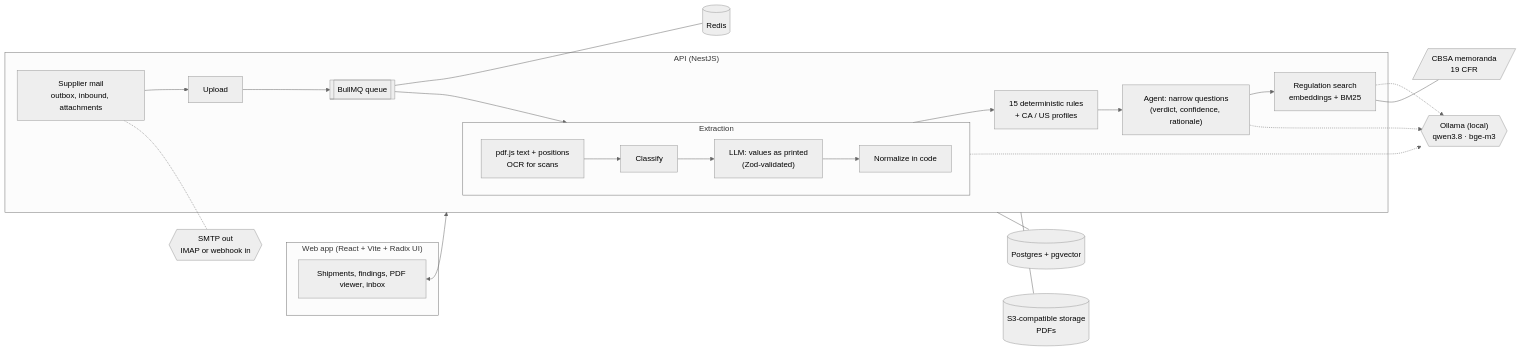
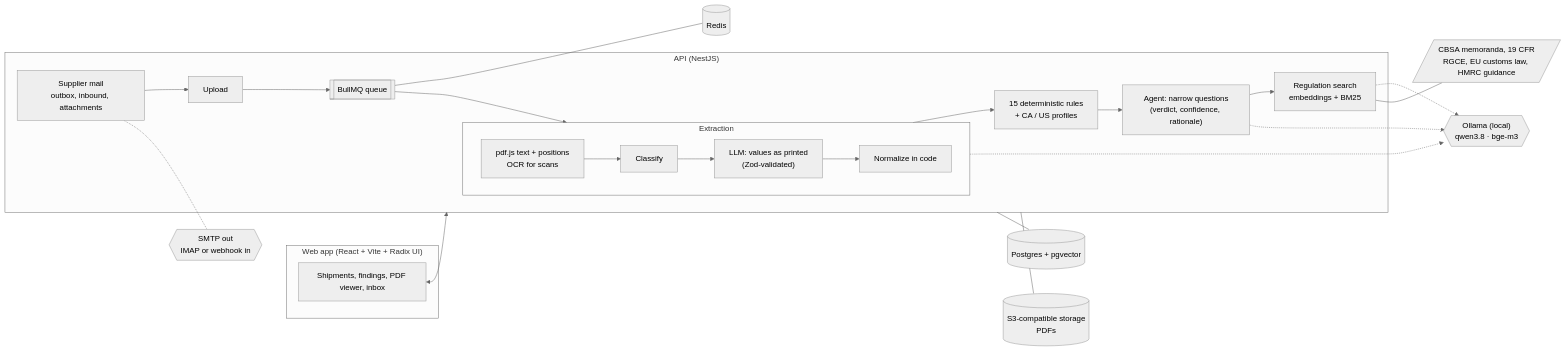
The diagram in README.md (smalbach/doccheck), drawn with Mermaid (neutral theme) before and after one commit. The commit also changed other lines of this file and 241 other files, not shown here.

````diff
--- a/README.md
+++ b/README.md
@@ -77,27 +78,27 @@
 ```mermaid
 flowchart LR
   subgraph Web["Web app (React + Vite + Radix UI)"]
     UI[Shipments, findings, PDF viewer, inbox]
   end
   subgraph API["API (NestJS)"]
     Upload[Upload] --> Queue[[BullMQ queue]]
     Queue --> Extract
     subgraph Extract["Extraction"]
       direction LR
       Parse["pdf.js text + positions<br/>OCR for scans"] --> Classify[Classify] --> LLM["LLM: values as printed<br/>(Zod-validated)"] --> Normalize[Normalize in code]
     end
     Normalize --> Rules["15 deterministic rules<br/>+ CA / US profiles"]
     Rules --> Agent["Agent: narrow questions<br/>(verdict, confidence, rationale)"]
     Agent --> Cite["Regulation search<br/>embeddings + BM25"]
     Mail["Supplier mail<br/>outbox, inbound, attachments"] --> Upload
   end
   UI <--> API
   API --- PG[(Postgres + pgvector)]
   API --- S3[(S3-compatible storage<br/>PDFs)]
   Queue --- Redis[(Redis)]
   Mail -.- SMTP{{"SMTP out<br/>IMAP or webhook in"}}
   LLM -.-> Ollama{{"Ollama (local)<br/>qwen3.8 · bge-m3"}}
   Agent -.-> Ollama
   Cite -.-> Ollama
-  Cite --- Corpus[/"CBSA memoranda<br/>19 CFR"/]
+  Cite --- Corpus[/"CBSA memoranda, 19 CFR<br/>RGCE, EU customs law, HMRC guidance"/]
 ```
````
